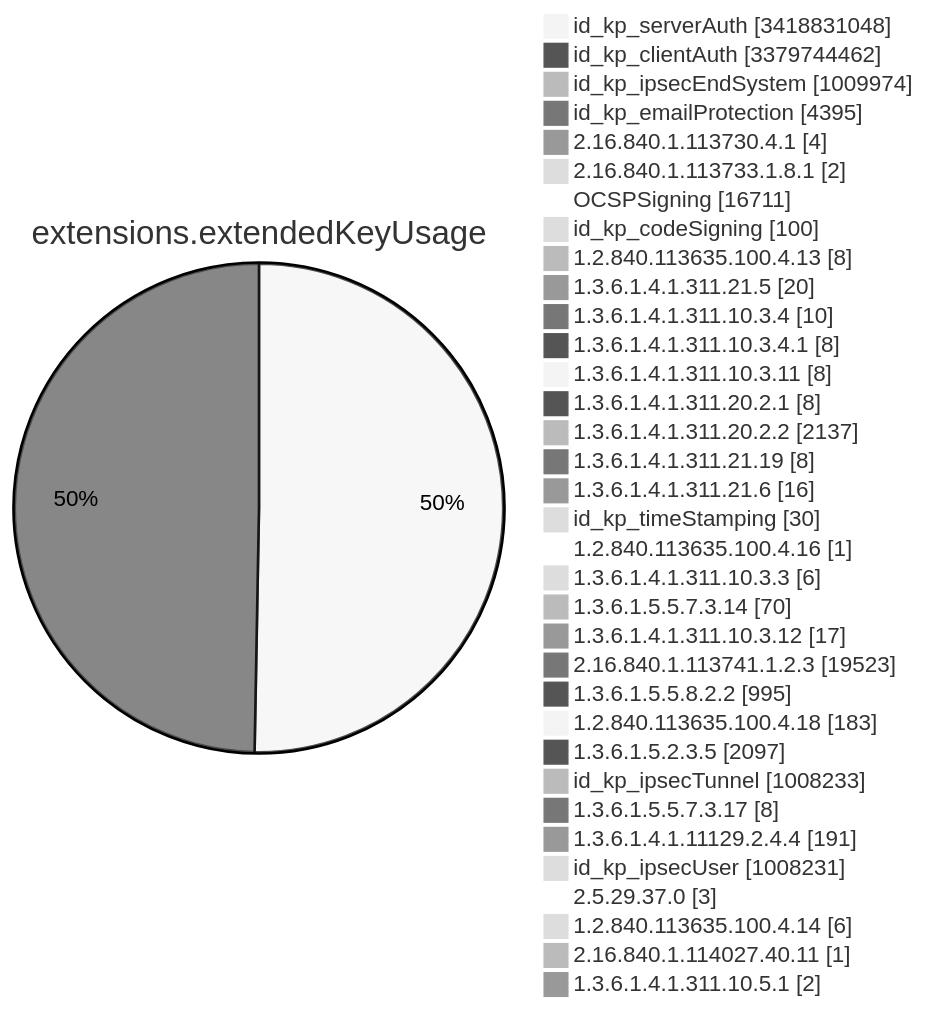
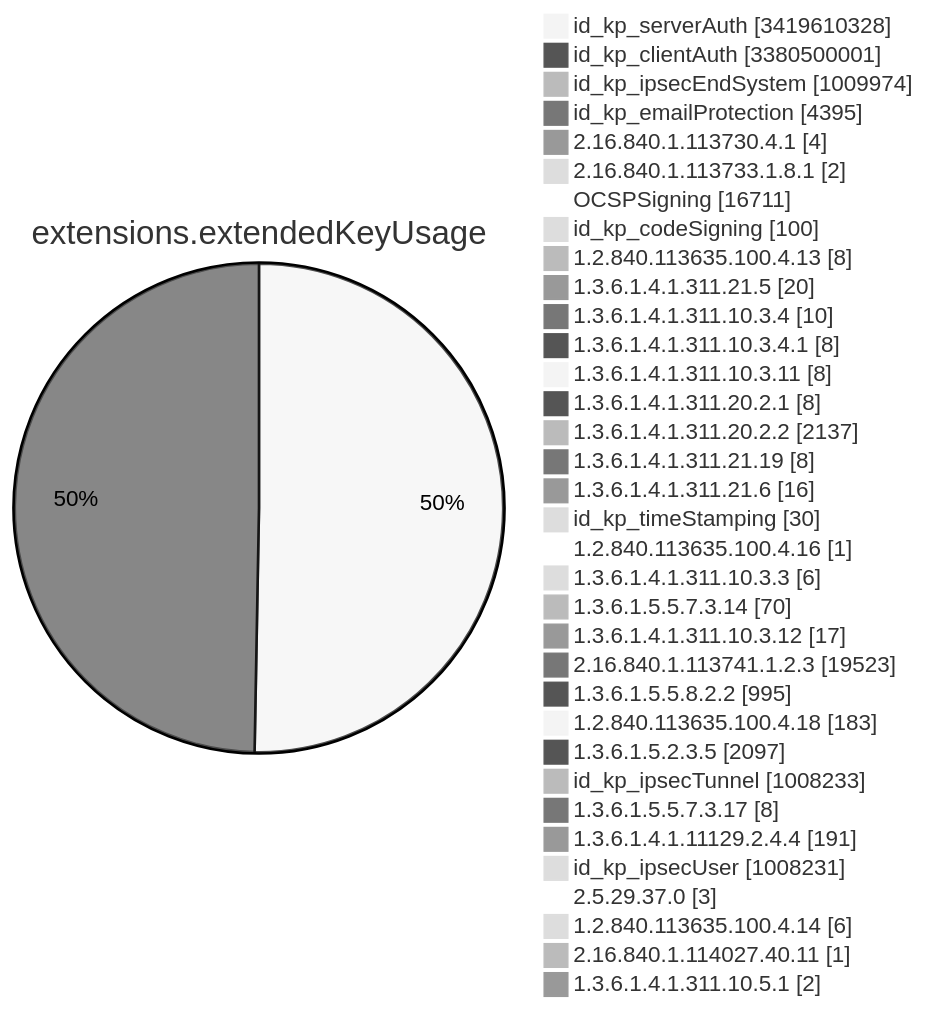
One commit to christiankrug/ctmonitor_visualization changed diagram 11 of 15 in TOTAL/README.md. Above: the diagram before and after it, drawn with Mermaid (neutral theme). The commit also changed other lines of this file, not shown here.

````diff
--- a/TOTAL/README.md
+++ b/TOTAL/README.md
@@ -4121,38 +4121,38 @@
 ```mermaid
 pie showData
 title extensions.extendedKeyUsage
-"id_kp_serverAuth" :3418831048
-"id_kp_clientAuth" :3379744462
+"id_kp_serverAuth" :3419610328
+"id_kp_clientAuth" :3380500001
 "id_kp_ipsecEndSystem" :1009974
 "id_kp_emailProtection" :4395
 "2.16.840.1.113730.4.1" :4
 "2.16.840.1.113733.1.8.1" :2
 "OCSPSigning" :16711
 "id_kp_codeSigning" :100
 "1.2.840.113635.100.4.13" :8
 "1.3.6.1.4.1.311.21.5" :20
 "1.3.6.1.4.1.311.10.3.4" :10
 "1.3.6.1.4.1.311.10.3.4.1" :8
 "1.3.6.1.4.1.311.10.3.11" :8
 "1.3.6.1.4.1.311.20.2.1" :8
 "1.3.6.1.4.1.311.20.2.2" :2137
 "1.3.6.1.4.1.311.21.19" :8
 "1.3.6.1.4.1.311.21.6" :16
 "id_kp_timeStamping" :30
 "1.2.840.113635.100.4.16" :1
 "1.3.6.1.4.1.311.10.3.3" :6
 "1.3.6.1.5.5.7.3.14" :70
 "1.3.6.1.4.1.311.10.3.12" :17
 "2.16.840.1.113741.1.2.3" :19523
 "1.3.6.1.5.5.8.2.2" :995
 "1.2.840.113635.100.4.18" :183
 "1.3.6.1.5.2.3.5" :2097
 "id_kp_ipsecTunnel" :1008233
 "1.3.6.1.5.5.7.3.17" :8
 "1.3.6.1.4.1.11129.2.4.4" :191
 "id_kp_ipsecUser" :1008231
 "2.5.29.37.0" :3
 "1.2.840.113635.100.4.14" :6
 "2.16.840.1.114027.40.11" :1
 "1.3.6.1.4.1.311.10.5.1" :2
 ```
````
